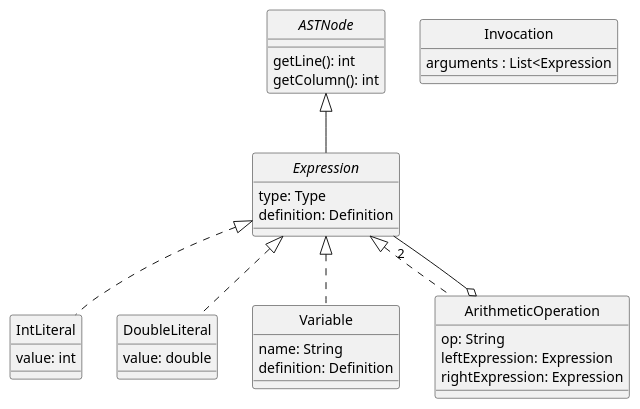
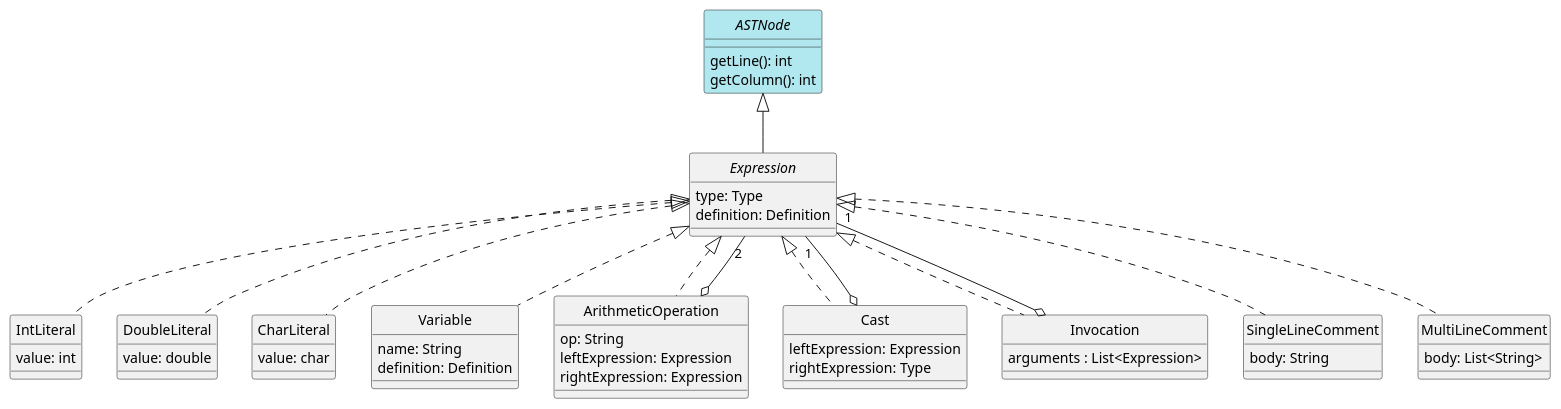
One commit to alvesit0/DLP-Compiler changed the diagram in docs/diagrams/expressions.plantuml. Above: the diagram before and after it, drawn with PlantUML. The commit also changed 3 other files, not shown here.

Commit message:
Añadida primera versión del diagrama UML

```diff
--- a/docs/diagrams/expressions.plantuml
+++ b/docs/diagrams/expressions.plantuml
@@ -1,46 +1,70 @@
 @startuml Expressions
 skinparam style strictuml
-skinparam monochrome true
+skinparam monochrome false
 
-
-interface ASTNode {
+interface ASTNode #b1e8f0 {
     getLine(): int
     getColumn(): int
 }
 
 interface Expression {
     type: Type
     definition: Definition
 }
 
 class IntLiteral {
     value: int
 }
 
 class DoubleLiteral {
     value: double
 }
 
+class CharLiteral {
+    value: char
+}
+
 class Variable {
     name: String
     definition: Definition
 }
 
 class ArithmeticOperation {
     op: String
     leftExpression: Expression
     rightExpression: Expression
 }
 
+class Cast {
+    leftExpression: Expression
+    rightExpression: Type
+}
+
 class Invocation {
-    arguments : List<Expression
+    arguments : List<Expression>
+}
+
+class SingleLineComment {
+    body: String
+}
+
+class MultiLineComment {
+    body: List<String>
 }
 
 ASTNode <|-- Expression
 Expression <|.. IntLiteral
 Expression <|.. DoubleLiteral
+Expression <|.. CharLiteral
 Expression <|.. Variable
 Expression <|.. ArithmeticOperation
+Expression <|.. Cast
+Expression <|.. Invocation
+Expression <|.. SingleLineComment
+Expression <|.. MultiLineComment
+
 ArithmeticOperation o--"2" Expression
+Cast o--"1" Expression
+Invocation o--"1" Expression
 
 @enduml
```
